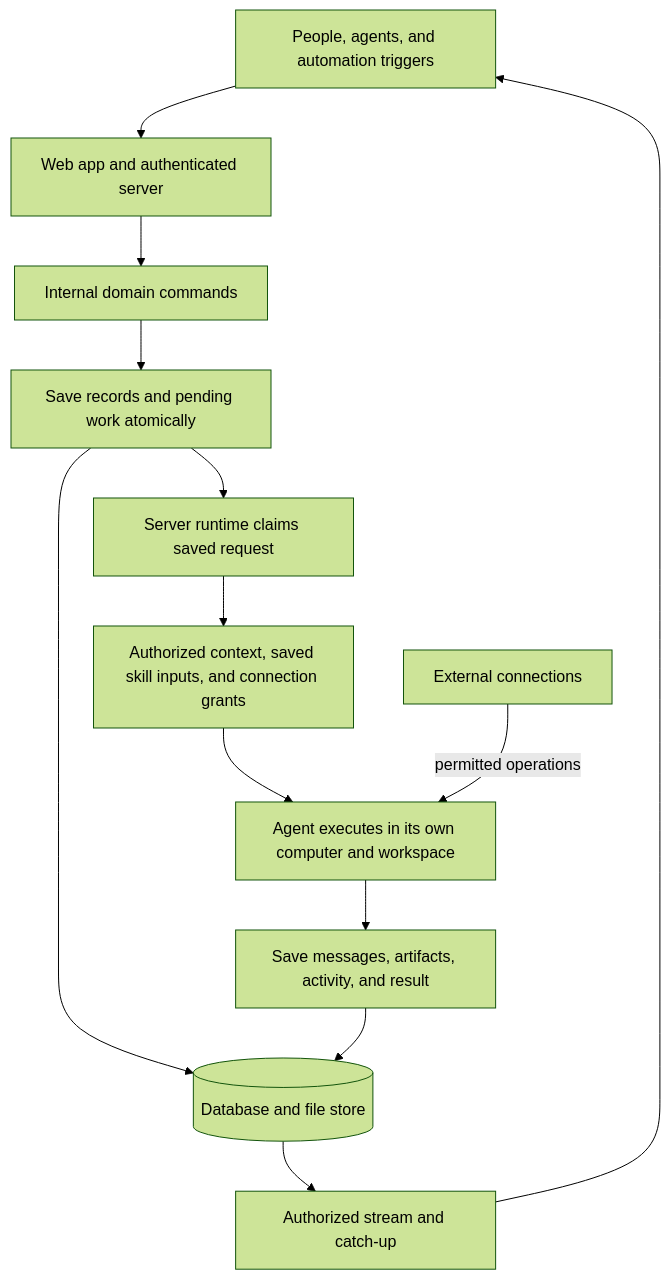
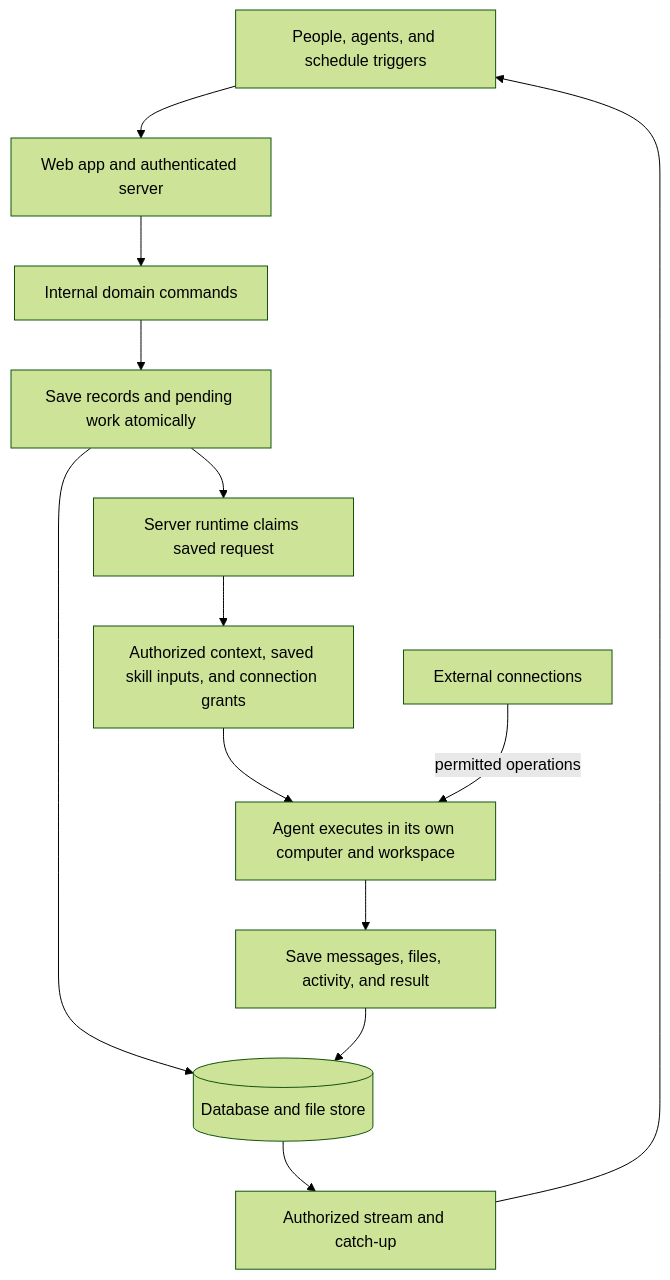
One commit to hellogafaro/otto changed the eighth of 10 diagrams in docs/otto/plan.md. Above: the diagram before and after it, drawn with Mermaid (forest theme). The commit also changed other lines of this file and 174 other files, not shown here.

````diff
--- a/docs/otto/plan.md
+++ b/docs/otto/plan.md
@@ -239,15 +241,15 @@
 ```mermaid
 flowchart TB
-  U[People, agents, and automation triggers] --> W[Web app and authenticated server]
+  U[People, agents, and schedule triggers] --> W[Web app and authenticated server]
   W --> D[Internal domain commands]
   D --> S[Save records and pending work atomically]
   S --> B[(Database and file store)]
   S --> R[Server runtime claims saved request]
   R --> C[Authorized context, saved skill inputs, and connection grants]
   C --> A[Agent executes in its own computer and workspace]
   Q[External connections] -->|permitted operations| A
-  A --> E[Save messages, artifacts, activity, and result]
+  A --> E[Save messages, files, activity, and result]
   E --> B
   B --> V[Authorized stream and catch-up]
   V --> U
 ```
````
